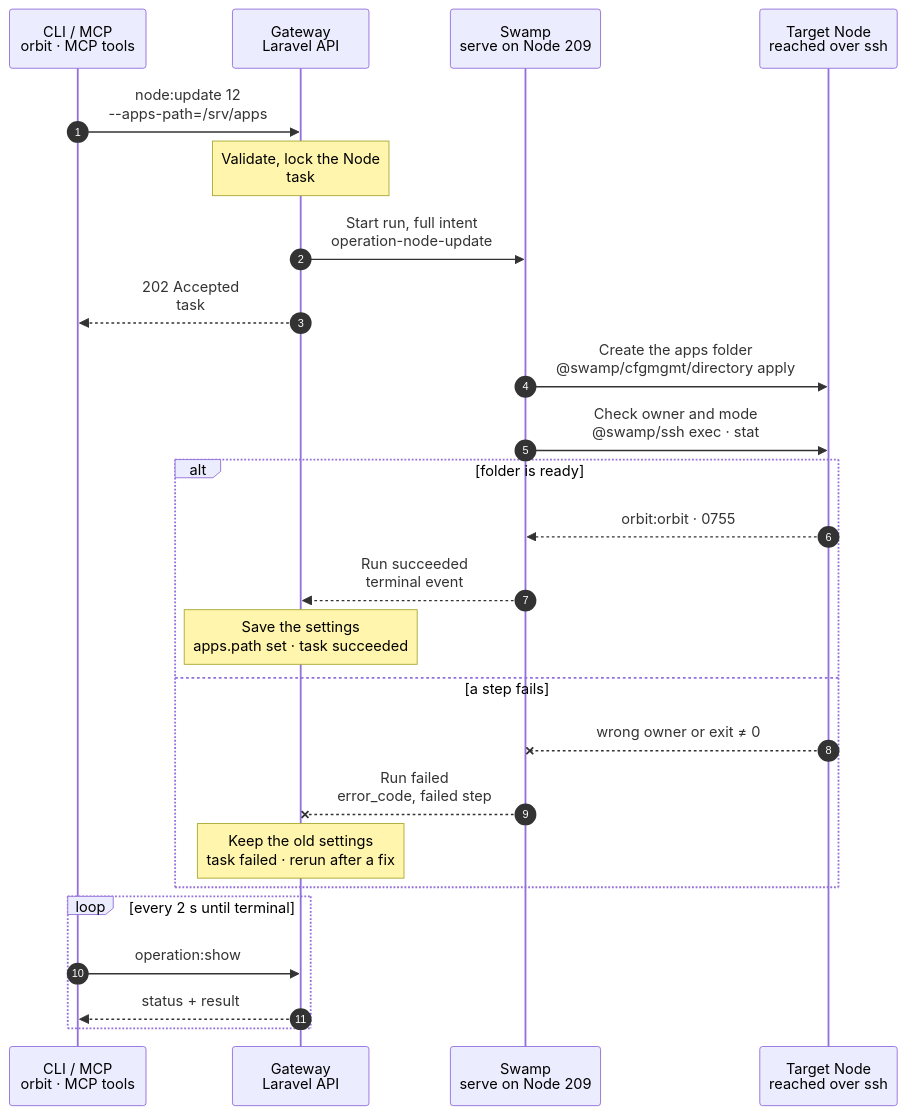
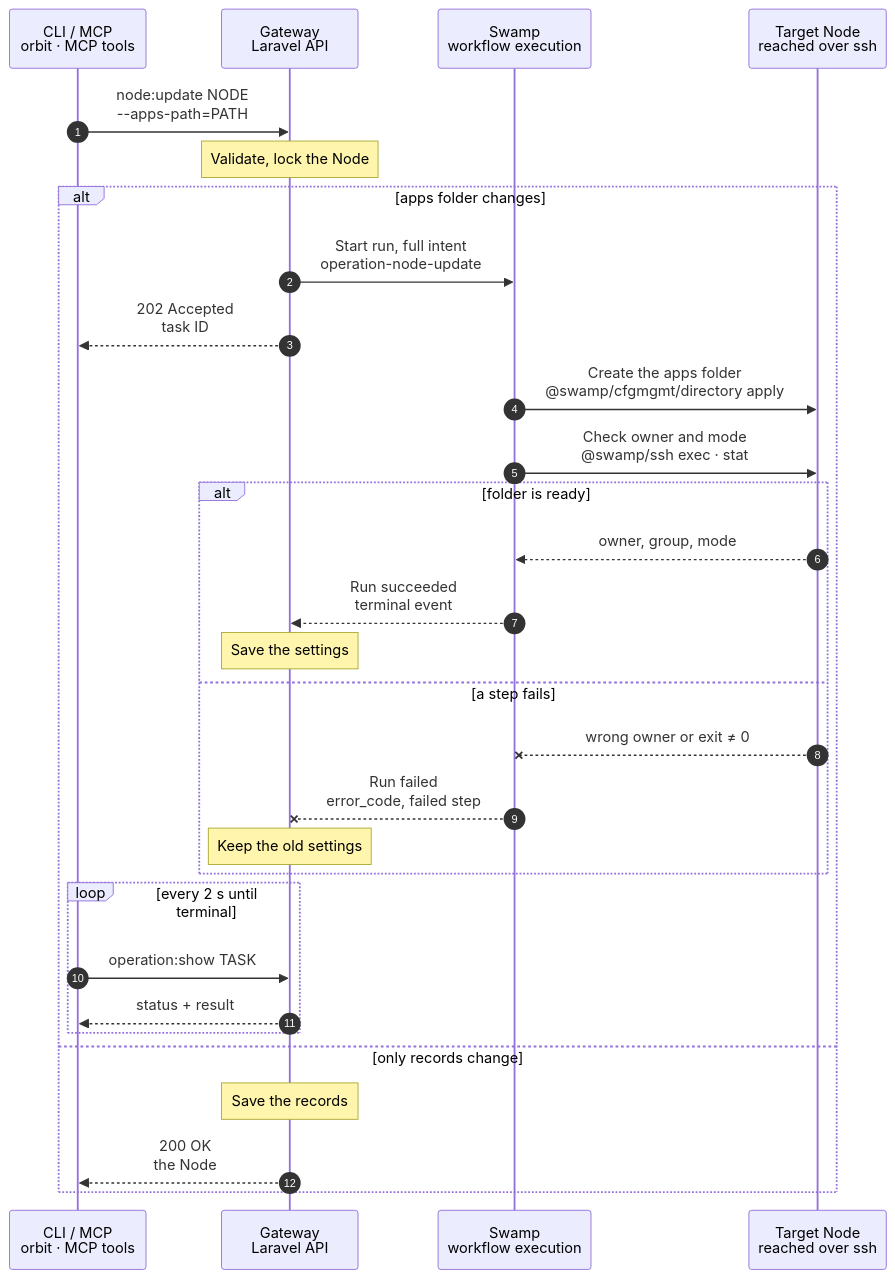
Before and after one commit to hardimpactdev/orbit: the diagram in docs/cli/node/update.mmd, drawn with Mermaid. The commit also changed 2 other files, not shown here.

Commit message:
docs(node): node:update is ready (chart, page, cases)

```diff
--- a/docs/cli/node/update.mmd
+++ b/docs/cli/node/update.mmd
@@ -1,117 +1,89 @@
 sequenceDiagram
-  %% Target design: ADR 0244 task, DECISIONS R1 (task_vms is record-only), R2, R4 (apps.path is Node work), decision 8 (one node:update). docs/reference/node-settings.md.
-  %% status: draft
+  %% Target design: ADR 0244 task, task_vms is record-only, apps.path is Node work, one node:update. docs/reference/node-settings.md.
+  %% status: reviewed
   %% command: node:update
   %% kind: node.update
-  %% Rule 23: 2026-11-03 required-only main path.
   autonumber
   %% lane CLI icon=terminal pill=caller tone=gray
   %% lane GW icon=gateway pill=intent tone=blue
   %% lane SW icon=workflow pill=executes tone=green
   %% lane N icon=server pill=target tone=amber
   participant CLI as CLI / MCP<br/>orbit · MCP tools
   participant GW as Gateway<br/>Laravel API
-  participant SW as Swamp<br/>serve on Node 209
+  participant SW as Swamp<br/>workflow execution
   participant N as Target Node<br/>reached over ssh
-  CLI->>GW: node:update 12<br/>--apps-path=/srv/apps
+  CLI->>GW: node:update NODE<br/>--apps-path=PATH
   %%> Command:
-  %%> - `orbit node:update 12 --apps-path=/srv/apps`
-  %%> - syntax: `<node> [--name=NAME] [--platform=PLATFORM] [--apps-path=PATH] [--task-vms=JSON] [--idempotency-key=KEY] [--json]`
+  %%> - `orbit node:update NODE --apps-path=PATH`
+  %%> - syntax: `<node> [--name=NAME] [--platform=PLATFORM] [--apps-path=PATH] [--task-vms=JSON] [--json]`
   %%> Input:
-  %%> - the Node, by id or exact name
-  %%> - `--apps-path` is required for this chart: `node.update` only starts with it
-  %%> Without --apps-path (R1):
-  %%> - `--name`, `--platform` and `--task-vms` alone are record-only; the Gateway stores them and answers at once with the Node, no task and no run
-  %%> - unsetting the apps folder on a Node without an active `app-dev` role needs no folder; it is record-only too
-  %%> Optional flags:
-  %%> - `--name`, `--platform`, `--task-vms` in the same request: a name or platform is saved at once, `task_vms` with the run's result; they add no steps
-  %%> - `--idempotency-key=KEY` reuses a key to retry the start; `--json` gives machine-readable output
-  %%> - an empty value unsets a setting: `--apps-path=` sends a null path, `--task-vms=null` removes the task VM host settings
+  %%> - the Node, and at least one setting to change
+  %%> - `--apps-path` is the change that needs Node work; the other settings are records
+  %%> - an empty value unsets a setting: `--apps-path=` unsets the folder, `--task-vms=null` removes the task VM host settings
   %%> Who can call it:
   %%> - the `orbit` CLI and the MCP tool send the same request
-  Note over GW: Validate, lock the Node<br/>task #5131 · Node 12
+  Note over GW: Validate, lock the Node
   %%> Requirements:
-  %%> - your Node has an access grant to Node 12
-  %%> - an apps folder needs an active, managed Linux Node
-  %%> - no other lifecycle change runs for Node 12; the Gateway holds the Node's name lock, and the new name's lock for a rename
-  %%> Checks for the name:
-  %%> - ASCII letters, digits, dashes and underscores, at most 63 characters, unique among Nodes
-  %%> Checks for the platform:
-  %%> - `linux`, `macos` or `ipados`, and only on an unmanaged Node: no pinned SSH host key and no role
-  %%> Checks for the apps folder:
-  %%> - absolute and normalized: not `/`, no trailing or repeated `/`, no `.` or `..` part
-  %%> - not the managed user's home (`/home/<user>`, as Orbit creates it) or an ancestor of it, and not inside a hidden folder of that home
-  %%> - not overlapping `/boot`, `/dev`, `/etc`, `/proc`, `/run`, `/sys`, `/usr`, `/opt/orbit`, `/var/lib/orbit`, `/var/www`, or the Gateway checkout and release layout
-  %%> - not equal to, or inside, an existing Instance checkout on Node 12
-  %%> Checks for `task_vms`:
-  %%> - typed fields only, such as `cidr`, `max_vms`, `pool`, `image_alias`
-  %%> - the bridge `cidr` overlaps no other task VM host
+  %%> - the calling Node has an access grant to the target Node
+  %%> - every value passes the checks that the Node settings reference lists; a failed check changes nothing
+  %%> - no other lifecycle change runs for the target; the Gateway holds the Node's name lock, and the new name's lock for a rename
   %%> Decides:
-  %%> - that the apps folder needs Node work, so a run starts
-  GW->>SW: Start run, full intent<br/>operation-node-update
-  %%> When:
-  %%> - the request changes the apps folder, alone or together with other fields
-  %%> - a new name or platform in the same request is saved at once; it needs no run
-  %%> - unsetting it on a Node with an active `app-dev` role prepares the default folder, `<managed-user-home>/apps`
-  %%> What it does:
-  %%> - starts one Swamp run on serve (Node 209)
-  %%> Inputs:
-  %%> - the new apps folder, and the managed user and group that must own it
-  %%> - Node 12's address and SSH host keys; the SSH identity comes from the `swamp` role
-  %%> Not stored yet:
-  %%> - the settings stay unchanged until the run succeeds (R2)
-  GW-->>CLI: 202 Accepted<br/>task #5131
-  %%> What you get:
-  %%> - the task number, at once
-  %%> Next:
-  %%> - the CLI follows the task with `operation:show`
-  SW->>N: Create the apps folder<br/>@swamp/cfgmgmt/directory apply
-  %%> What it does:
-  %%> - creates `/srv/apps` and any missing folders above it
-  %%> - gives `/srv/apps` the managed user and group and mode `0755`
-  %%> How:
-  %%> - Swamp reaches Node 12 over SSH from 209 with the official `@swamp/cfgmgmt/directory` behavior and sudo
-  %%> Not included:
-  %%> - existing Instances don't move; their checkouts stay where they are
-  %%> - new development Instances use `/srv/apps/<project>/<instance>`
-  SW->>N: Check owner and mode<br/>@swamp/ssh exec · stat
-  %%> What it does:
-  %%> - reads the folder's type, owner, group and mode in one `stat`
-  %%> Why:
-  %%> - it is the one end check: the Gateway compares its output with the intent, a real folder of the managed user and group, mode 0755
-  alt folder is ready
-    N-->>SW: orbit:orbit · 0755
-    %%> Returns:
-    %%> - the check passed
-    SW-->>GW: Run succeeded<br/>terminal event
-    %%> How the Gateway learns it:
-    %%> - its shared run reader sees the terminal event; Swamp never calls the Gateway
-    Note over GW: Save the settings<br/>apps.path set · task succeeded
-    %%> Result:
-    %%> - Node 12's apps folder is `/srv/apps`; any `task_vms` change in the same request is saved with it
-    %%> - task #5131 succeeds
-  else a step fails
-    N--xSW: wrong owner or exit ≠ 0
-    %%> When:
-    %%> - the folder can't be created, a file is in the way, or the check doesn't match
-    SW--xGW: Run failed<br/>error_code, failed step
-    %%> The Gateway reads:
-    %%> - which step failed and its error code
-    Note over GW: Keep the old settings<br/>task failed · rerun after a fix
-    %%> Result:
-    %%> - Node 12's settings stay unchanged
-    %%> - task #5131 fails
-    %%> On the Node:
-    %%> - folders created before the failure stay; there is no rollback
-    %%> - that is safe: an empty folder is harmless, and a rerun leaves it as it is
-    %%> Retry:
-    %%> - run the same command again after fixing the cause; it is a new task
+  %%> - whether the apps folder changes and needs Node work, so a run starts
+  alt apps folder changes
+    GW->>SW: Start run, full intent<br/>operation-node-update
+    %%> Inputs:
+    %%> - the new apps folder, and the managed user and group that must own it
+    %%> - the target's address and SSH host keys; the SSH identity comes from the `swamp` role
+    %%> Not stored yet:
+    %%> - the settings stay unchanged until the run succeeds; a new name or platform in the same request is saved at once
+    %%> Unsetting on a Node with an active `app-dev` role:
+    %%> - prepares the default folder, `<managed-user-home>/apps`
+    GW-->>CLI: 202 Accepted<br/>task ID
+    %%> What you get:
+    %%> - the task ID, at once
+    %%> Next:
+    %%> - the CLI follows the task with `operation:show`
+    SW->>N: Create the apps folder<br/>@swamp/cfgmgmt/directory apply
+    %%> What it does:
+    %%> - creates the folder and any missing folders above it
+    %%> - gives it the managed user and group and mode `0755`
+    %%> Not included:
+    %%> - existing Instances don't move; new development Instances use the new folder
+    SW->>N: Check owner and mode<br/>@swamp/ssh exec · stat
+    %%> Why:
+    %%> - it is the one end check: a real folder of the managed user and group, mode 0755
+    alt folder is ready
+      N-->>SW: owner, group, mode
+      SW-->>GW: Run succeeded<br/>terminal event
+      %%> How the Gateway learns it:
+      %%> - its shared run reader sees the terminal event; Swamp never calls the Gateway
+      Note over GW: Save the settings
+      %%> Result:
+      %%> - the apps folder is set, and any task VM host change in the same request is saved with it
+      %%> - the task succeeds
+    else a step fails
+      N--xSW: wrong owner or exit ≠ 0
+      %%> When:
+      %%> - the folder can't be created, a file is in the way, or the check doesn't match
+      SW--xGW: Run failed<br/>error_code, failed step
+      Note over GW: Keep the old settings
+      %%> Result:
+      %%> - the settings stay unchanged and the task fails
+      %%> On the Node:
+      %%> - folders created before the failure stay; an empty folder is harmless and there is no rollback
+      %%> Retry:
+      %%> - run the same command again after fixing the cause; it is a new task
+    end
+    loop every 2 s until terminal
+      CLI->>GW: operation:show TASK
+      GW-->>CLI: status + result
+    end
+  else only records change
+    Note over GW: Save the records
+    %%> What it does:
+    %%> - saves the name, platform and task VM host settings at once; no task and no run, and no Node is contacted
+    %%> Skipped:
+    %%> - when every value equals the stored one, nothing is written and the result reports `Skipped — already set (node.unchanged)`
+    %%> - the skip reason is part of the successful result in human and machine output, not an error
+    GW-->>CLI: 200 OK<br/>the Node
   end
-  loop every 2 s until terminal
-    CLI->>GW: operation:show #5131
-    %%> What it does:
-    %%> - asks for the task's status every 2 seconds until it has ended
-    GW-->>CLI: status + result
-    %%> Returns:
-    %%> - the current status, and the result once the task has ended
-  end
```
